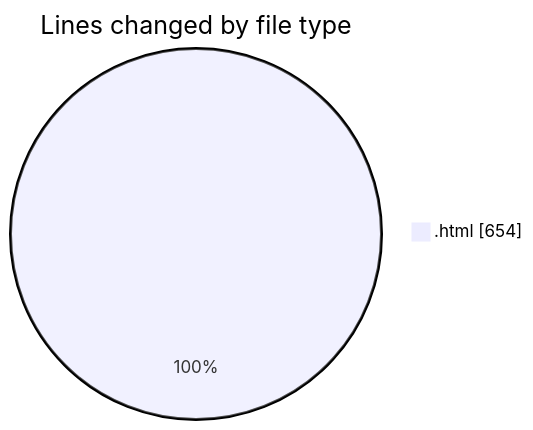
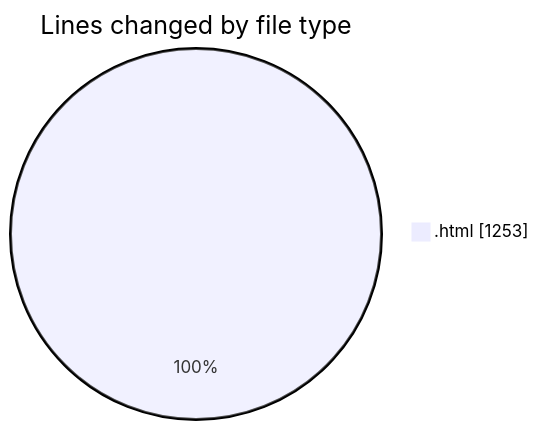
One commit to Ritupan-Deka/code-tracking changed the first of 2 diagrams in 2025-05-22/filetransfer/README.md. Above: the diagram before and after it, drawn with Mermaid. The commit also changed other lines of this file and 1 other file, not shown here.

````diff
--- a/2025-05-22/filetransfer/README.md
+++ b/2025-05-22/filetransfer/README.md
@@ -20,5 +20,5 @@
 ```mermaid
 pie showData
 title Lines changed by file type
-".html" : 654
+".html" : 1253
 ```
````
